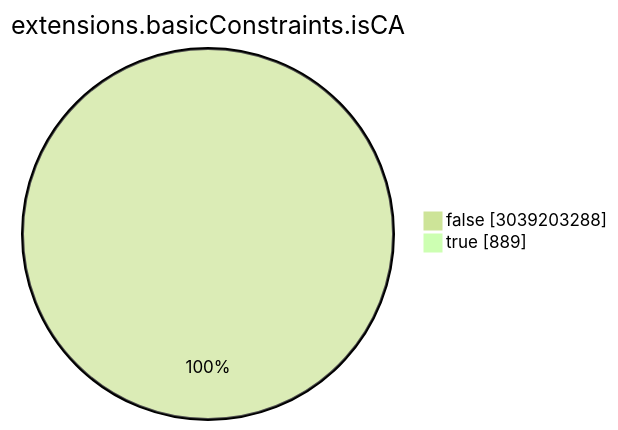
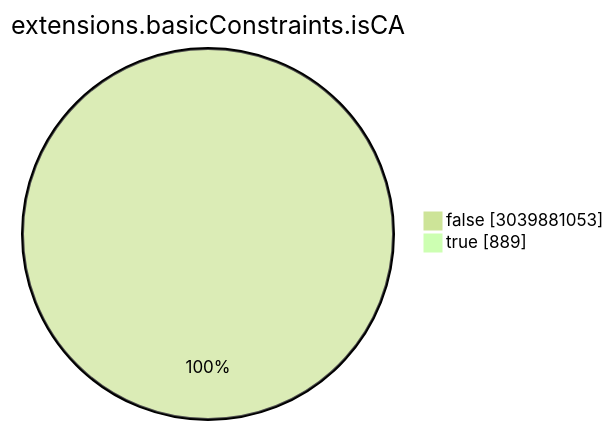
One commit to christiankrug/ctmonitor_visualization changed the seventh of 15 diagrams in TOTAL/README.md. Above: the diagram before and after it, drawn with Mermaid (forest theme). The commit also changed other lines of this file, not shown here.

````diff
--- a/TOTAL/README.md
+++ b/TOTAL/README.md
@@ -3086,6 +3086,6 @@
 ```mermaid
 pie showData
 title extensions.basicConstraints.isCA
-"false" :3039203288
+"false" :3039881053
 "true" :889
 ```
````
